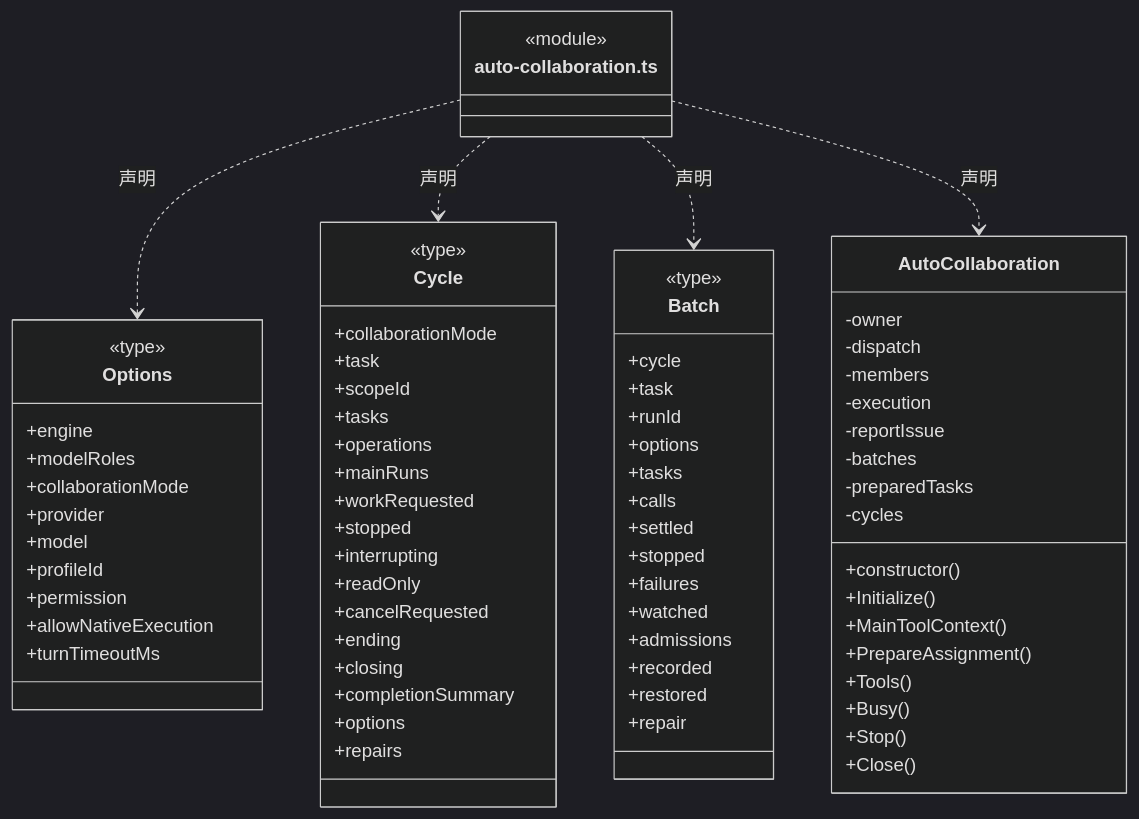
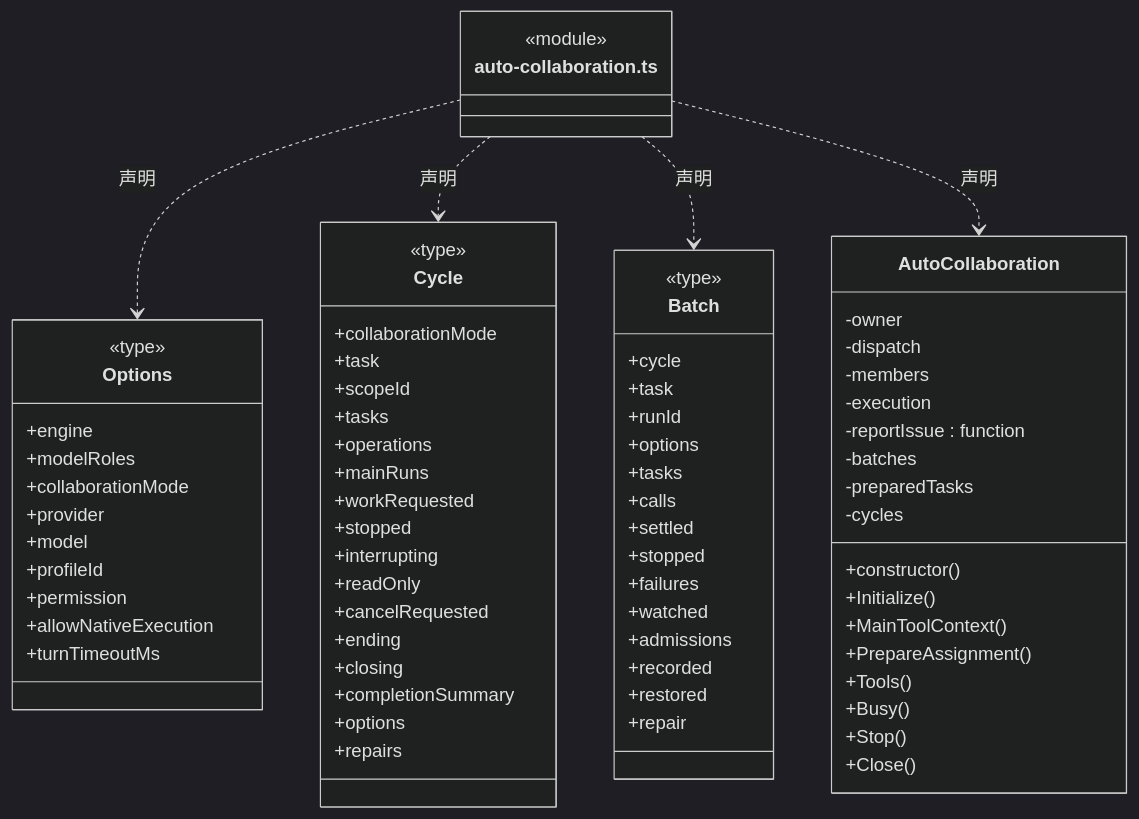
Before and after one commit to nan023062/cbim: the first of 15 diagrams in src/logic/dispatch/runtime/ARCHITECTURE.md, drawn with Mermaid (dark theme). The commit also changed other lines of this file and 137 other files, not shown here.

Commit message:
fix: align architecture generator with documentation standards

````diff
--- a/src/logic/dispatch/runtime/ARCHITECTURE.md
+++ b/src/logic/dispatch/runtime/ARCHITECTURE.md
@@ -133,76 +135,76 @@
 ```mermaid
 classDiagram
 class N_src_logic_dispatch_runtime_auto_collaboration_ts["auto-collaboration.ts"] {
   <<module>>
 }
 class N_src_logic_dispatch_runtime_auto_collaboration_ts_Options["Options"] {
   <<type>>
   +engine
   +modelRoles
   +collaborationMode
   +provider
   +model
   +profileId
   +permission
   +allowNativeExecution
   +turnTimeoutMs
 }
 N_src_logic_dispatch_runtime_auto_collaboration_ts ..> N_src_logic_dispatch_runtime_auto_collaboration_ts_Options : 声明
 class N_src_logic_dispatch_runtime_auto_collaboration_ts_Cycle["Cycle"] {
   <<type>>
   +collaborationMode
   +task
   +scopeId
   +tasks
   +operations
   +mainRuns
   +workRequested
   +stopped
   +interrupting
   +readOnly
   +cancelRequested
   +ending
   +closing
   +completionSummary
   +options
   +repairs
 }
 N_src_logic_dispatch_runtime_auto_collaboration_ts ..> N_src_logic_dispatch_runtime_auto_collaboration_ts_Cycle : 声明
 class N_src_logic_dispatch_runtime_auto_collaboration_ts_Batch["Batch"] {
   <<type>>
   +cycle
   +task
   +runId
   +options
   +tasks
   +calls
   +settled
   +stopped
   +failures
   +watched
   +admissions
   +recorded
   +restored
   +repair
 }
 N_src_logic_dispatch_runtime_auto_collaboration_ts ..> N_src_logic_dispatch_runtime_auto_collaboration_ts_Batch : 声明
 class N_src_logic_dispatch_runtime_auto_collaboration_ts_AutoCollaboration["AutoCollaboration"] {
   +constructor()
   +Initialize()
   +MainToolContext()
   +PrepareAssignment()
   +Tools()
   +Busy()
   +Stop()
   +Close()
   -owner
   -dispatch
   -members
   -execution
-  -reportIssue
+  -reportIssue : function
   -batches
   -preparedTasks
   -cycles
 }
 N_src_logic_dispatch_runtime_auto_collaboration_ts ..> N_src_logic_dispatch_runtime_auto_collaboration_ts_AutoCollaboration : 声明
 ```
````
